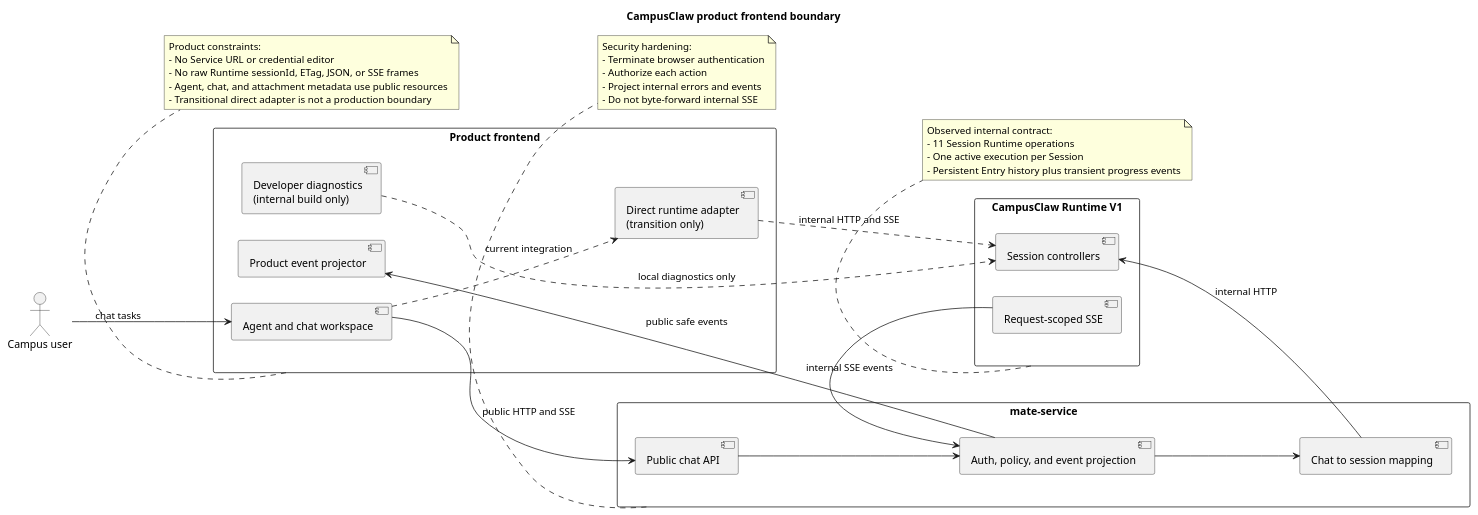
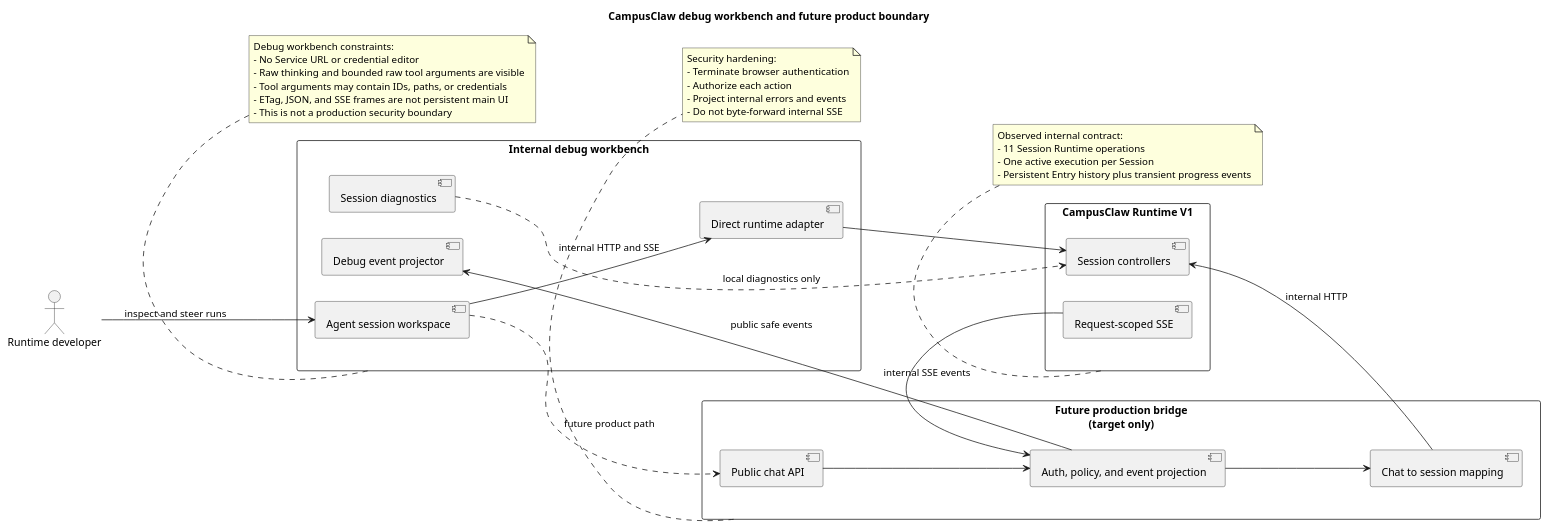
Before and after one commit to 2862282695gjh-afk/pi-mono-java: the first of 3 diagrams in docs/designs/campusclaw-frontend/diagram.puml, drawn with PlantUML. The commit also changed other lines of this file and 23 other files, not shown here.

```diff
--- a/docs/designs/campusclaw-frontend/diagram.puml
+++ b/docs/designs/campusclaw-frontend/diagram.puml
@@ -1,68 +1,70 @@
 @startuml frontend_product_boundary
 ' Backend source baseline: origin/main 63adc08cf5c57e3a7cc3caa317452062606ce8b4.
-' Frontend interaction-refinement baseline: PR 179 commit 8c5f3462d745ec0c5146d55dcb62108ac2a33282.
+' Frontend interaction-refinement baseline: PR 179 commit e4ef301cc7cbf93c4a651c060e2c48ebcec74cbd.
 ' Source evidence: frontend/src/App.vue (createSession, resumeSession, submit, product shell).
 ' Source evidence: frontend/src/composables/useRuntimeApi.ts (useRuntimeApi, requestRaw, consumeSse).
 ' Source evidence: frontend/src/projectors/runtimeEventProjector.ts (projectRuntimeEvents).
 ' Source evidence: modules/coding-agent-cli/src/main/java/com/campusclaw/codingagent/runtimeapi/web/RuntimeSessionController.java.
 ' Source evidence: modules/coding-agent-cli/src/main/java/com/campusclaw/codingagent/runtimeapi/web/RuntimeEventController.java.
-' Observed behavior: the product shell hides credentials and protocol fields, while its HTTP 1.38 transitional adapter still calls Runtime V1 directly.
+' Observed behavior: the internal workbench calls Runtime V1 directly and renders raw thinking plus bounded raw tool arguments.
 ' Target-only design: the production UI uses a public bridge; the mate-service Agent, Chat, Attachment, and public event contracts do not exist yet.
-' Design reason: internal session identifiers, credentials, ETags, and raw SSE payloads must not cross the production browser boundary.
+' Architecture change: the current frontend is an internal debug workbench, not a production security boundary.
+' Design reason: runtime developers need exact call parameters, while a future production UI still needs an independent public boundary.
 
-title CampusClaw product frontend boundary
+title CampusClaw debug workbench and future product boundary
 left to right direction
 
-actor "Campus user" as User
-rectangle "Product frontend" as Frontend {
-  component "Agent and chat workspace" as Workspace
-  component "Product event projector" as Projector
-  component "Direct runtime adapter\n(transition only)" as DirectAdapter
-  component "Developer diagnostics\n(internal build only)" as Diagnostics
+actor "Runtime developer" as Developer
+rectangle "Internal debug workbench" as Frontend {
+  component "Agent session workspace" as Workspace
+  component "Debug event projector" as Projector
+  component "Direct runtime adapter" as DirectAdapter
+  component "Session diagnostics" as Diagnostics
 }
 
-rectangle "mate-service" as Mate {
+rectangle "Future production bridge\n(target only)" as Mate {
   component "Public chat API" as PublicApi
   component "Chat to session mapping" as Mapping
   component "Auth, policy, and event projection" as Policy
 }
 
 rectangle "CampusClaw Runtime V1" as Runtime {
   component "Session controllers" as Sessions
   component "Request-scoped SSE" as Stream
 }
 
-User --> Workspace : chat tasks
-Workspace --> PublicApi : public HTTP and SSE
+Developer --> Workspace : inspect and steer runs
+Workspace --> DirectAdapter : internal HTTP and SSE
+DirectAdapter --> Sessions
+Workspace ..> PublicApi : future product path
 PublicApi --> Policy
 Policy --> Mapping
 Mapping --> Sessions : internal HTTP
 Stream --> Policy : internal SSE events
 Policy --> Projector : public safe events
-Workspace ..> DirectAdapter : current integration
-DirectAdapter ..> Sessions : internal HTTP and SSE
 Diagnostics ..> Sessions : local diagnostics only
 
 note bottom of Frontend
-Product constraints:
+Debug workbench constraints:
 - No Service URL or credential editor
-- No raw Runtime sessionId, ETag, JSON, or SSE frames
-- Agent, chat, and attachment metadata use public resources
-- Transitional direct adapter is not a production boundary
+- Raw thinking and bounded raw tool arguments are visible
+- Tool arguments may contain IDs, paths, or credentials
+- ETag, JSON, and SSE frames are not persistent main UI
+- This is not a production security boundary
 end note
 
 note bottom of Mate
 Security hardening:
 - Terminate browser authentication
 - Authorize each action
 - Project internal errors and events
 - Do not byte-forward internal SSE
 end note
 
 note bottom of Runtime
 Observed internal contract:
 - 11 Session Runtime operations
 - One active execution per Session
 - Persistent Entry history plus transient progress events
 end note
 @enduml
```
